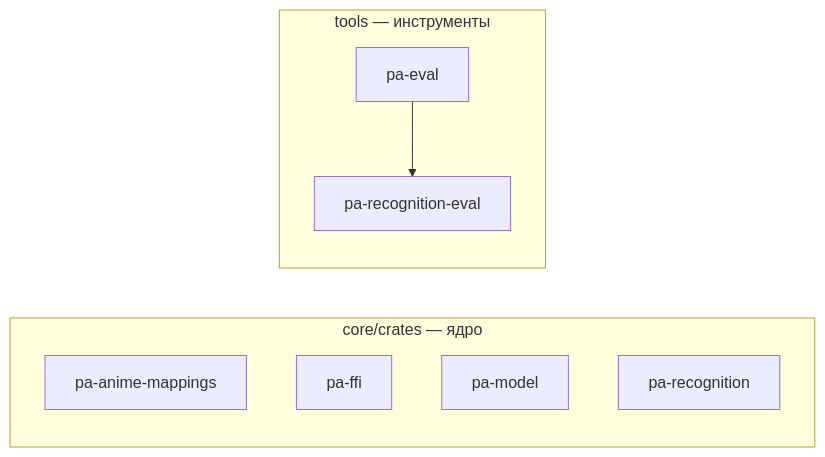
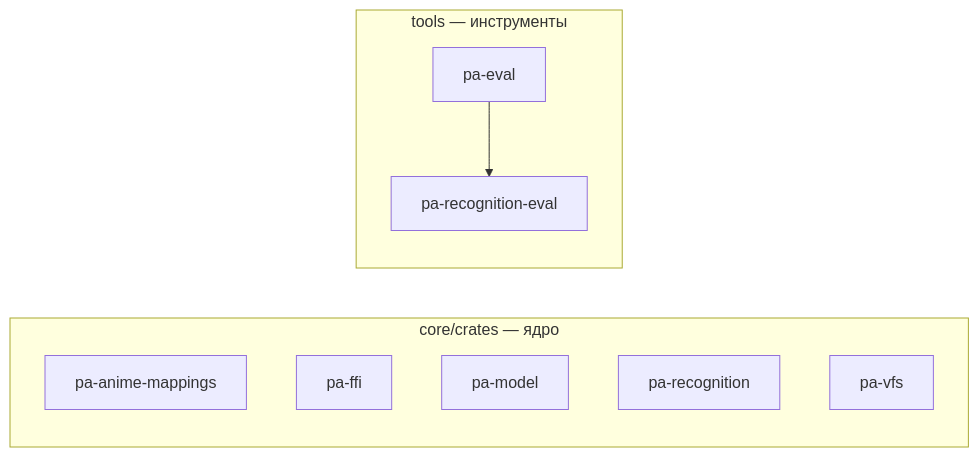
The diagram in docs/dev/crate-graph.md (DenisHumen/project_alpha), drawn with Mermaid before and after one commit. The commit also changed other lines of this file and 16 other files, not shown here.

````diff
--- a/docs/dev/crate-graph.md
+++ b/docs/dev/crate-graph.md
@@ -12,14 +12,15 @@
 ```mermaid
 flowchart LR
   subgraph g0["core/crates — ядро"]
     pa_anime_mappings["pa-anime-mappings"]
     pa_ffi["pa-ffi"]
     pa_model["pa-model"]
     pa_recognition["pa-recognition"]
+    pa_vfs["pa-vfs"]
   end
   subgraph g1["tools — инструменты"]
     pa_eval["pa-eval"]
     pa_recognition_eval["pa-recognition-eval"]
   end
   pa_eval --> pa_recognition_eval
 ```
````
